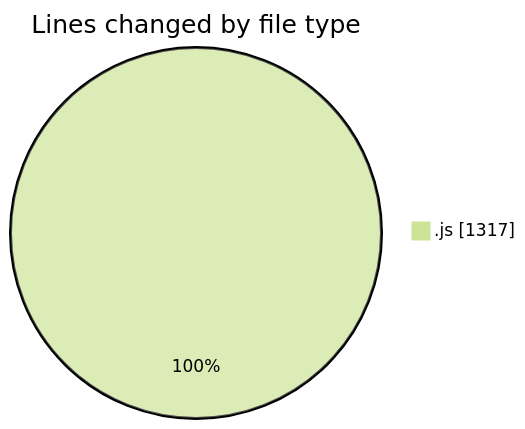
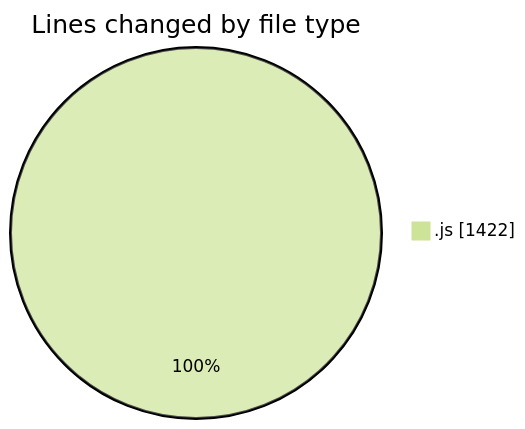
Before and after one commit to momahboobian/code-tracking: the first of 2 diagrams in 2025-03-13/cda/README.md, drawn with Mermaid (forest theme). The commit also changed other lines of this file and 1 other file, not shown here.

````diff
--- a/2025-03-13/cda/README.md
+++ b/2025-03-13/cda/README.md
@@ -22,5 +22,5 @@
 ```mermaid
 pie showData
 title Lines changed by file type
-".js" : 1317
+".js" : 1422
 ```
````
